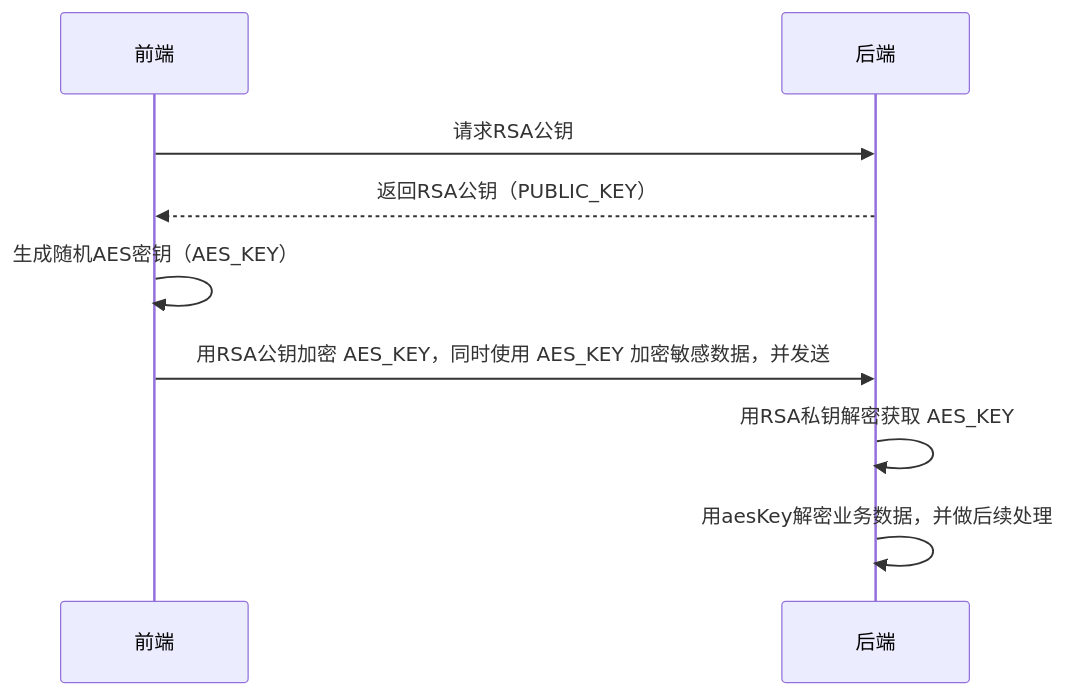
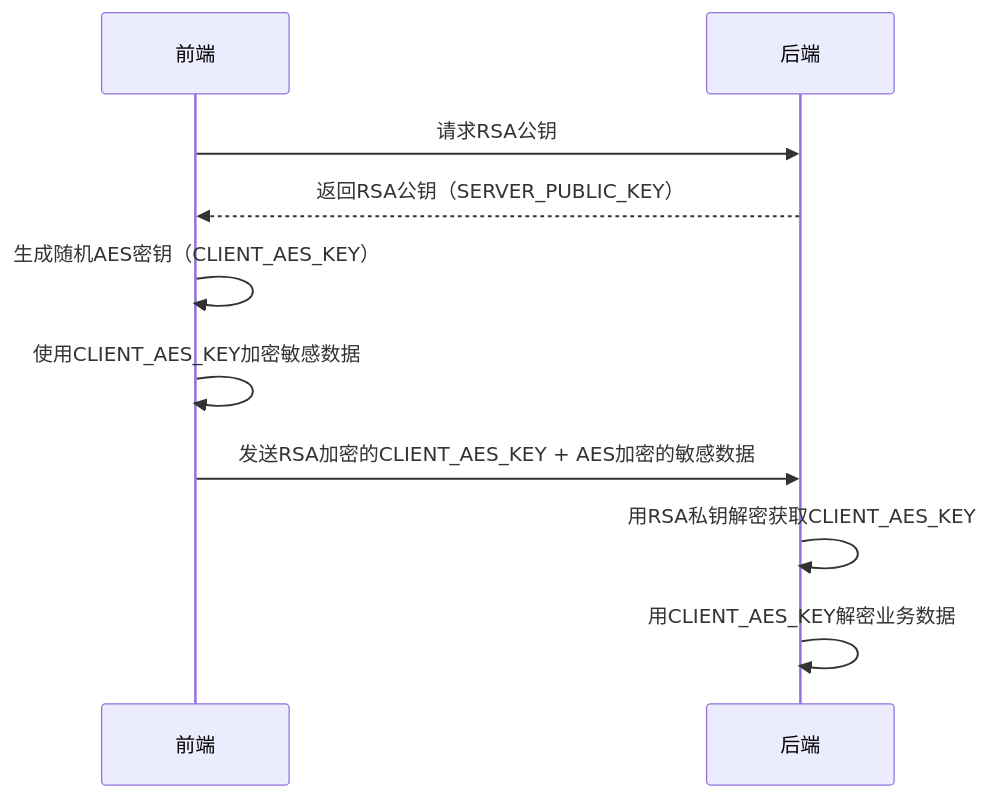
Before and after one commit to weihongyu12/web: the first of 2 diagrams in docs/features/encrypt/README.md, drawn with Mermaid. The commit also changed other lines of this file, not shown here.

````diff
--- a/docs/features/encrypt/README.md
+++ b/docs/features/encrypt/README.md
@@ -9,12 +449,13 @@
 ```mermaid
 sequenceDiagram
     participant 前端
     participant 后端
 
     前端->>后端: 请求RSA公钥
-    后端-->>前端: 返回RSA公钥（PUBLIC_KEY）
-    前端->>前端: 生成随机AES密钥（AES_KEY）
-    前端->>后端: 用RSA公钥加密 AES_KEY，同时使用 AES_KEY 加密敏感数据，并发送
-    后端->>后端: 用RSA私钥解密获取 AES_KEY
-    后端->>后端: 用aesKey解密业务数据，并做后续处理
+    后端-->>前端: 返回RSA公钥（SERVER_PUBLIC_KEY）
+    前端->>前端: 生成随机AES密钥（CLIENT_AES_KEY）
+    前端->>前端: 使用CLIENT_AES_KEY加密敏感数据
+    前端->>后端: 发送RSA加密的CLIENT_AES_KEY + AES加密的敏感数据
+    后端->>后端: 用RSA私钥解密获取CLIENT_AES_KEY
+    后端->>后端: 用CLIENT_AES_KEY解密业务数据
 ```
````
